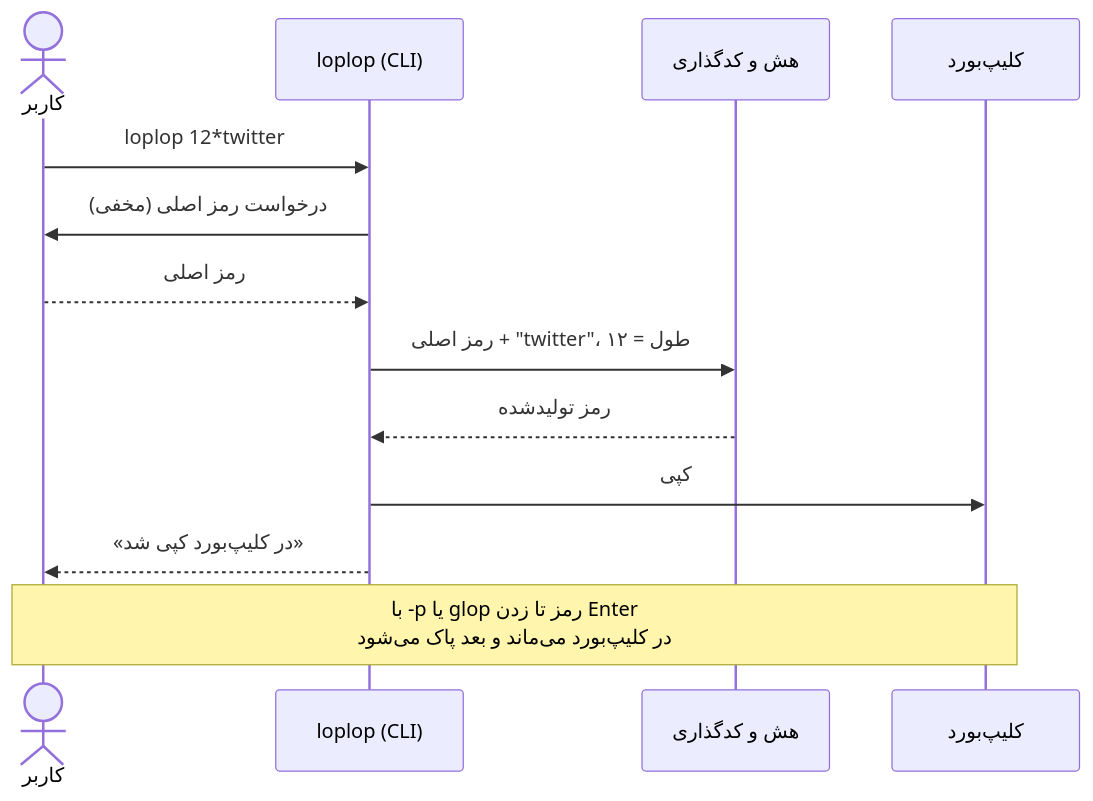
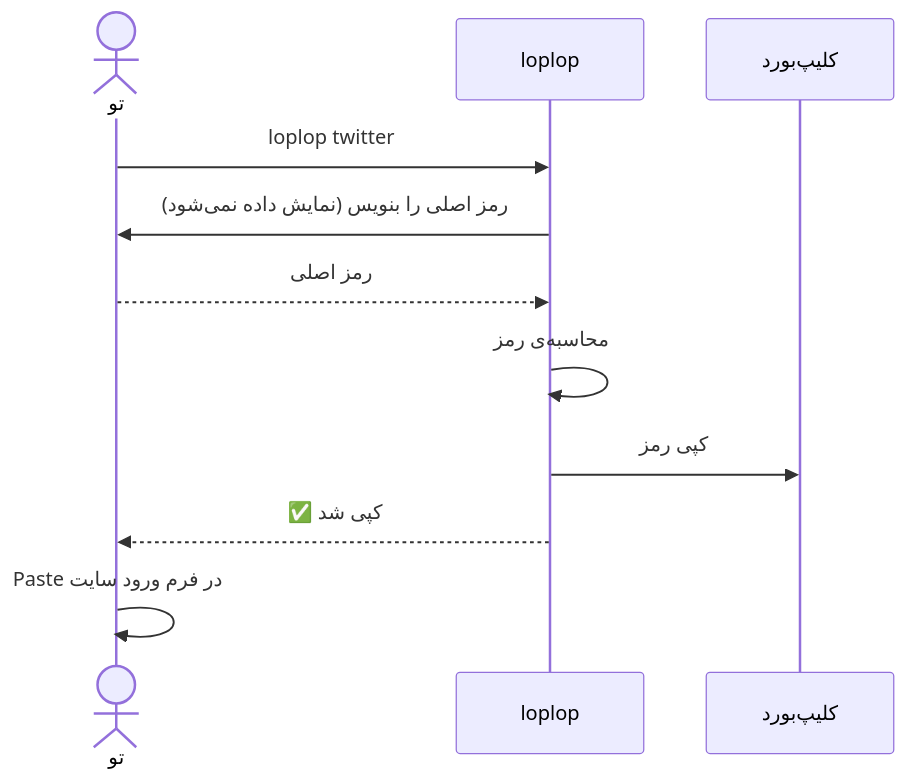
Before and after one commit to GoldenIsland00/loplop: the second of 3 diagrams in README.md, drawn with Mermaid. The commit also changed other lines of this file, not shown here.

````diff
--- a/README.md
+++ b/README.md
@@ -74,15 +118,13 @@
 ```mermaid
 sequenceDiagram
-    actor U as کاربر
-    participant L as loplop (CLI)
-    participant H as هش و کدگذاری
+    actor U as تو
+    participant L as loplop
     participant C as کلیپ‌بورد
-    U->>L: loplop 12*twitter
-    L->>U: درخواست رمز اصلی (مخفی)
+    U->>L: loplop twitter
+    L->>U: رمز اصلی را بنویس (نمایش داده نمی‌شود)
     U-->>L: رمز اصلی
-    L->>H: رمز اصلی + "twitter"، طول = ۱۲
-    H-->>L: رمز تولیدشده
-    L->>C: کپی
-    L-->>U: «در کلیپ‌بورد کپی شد»
-    Note over U,C: با -p یا glop رمز تا زدن Enter<br/>در کلیپ‌بورد می‌ماند و بعد پاک می‌شود
+    L->>L: محاسبه‌ی رمز
+    L->>C: کپی رمز
+    L-->>U: ✅ کپی شد
+    U->>U: Paste در فرم ورود سایت
 ```
````
